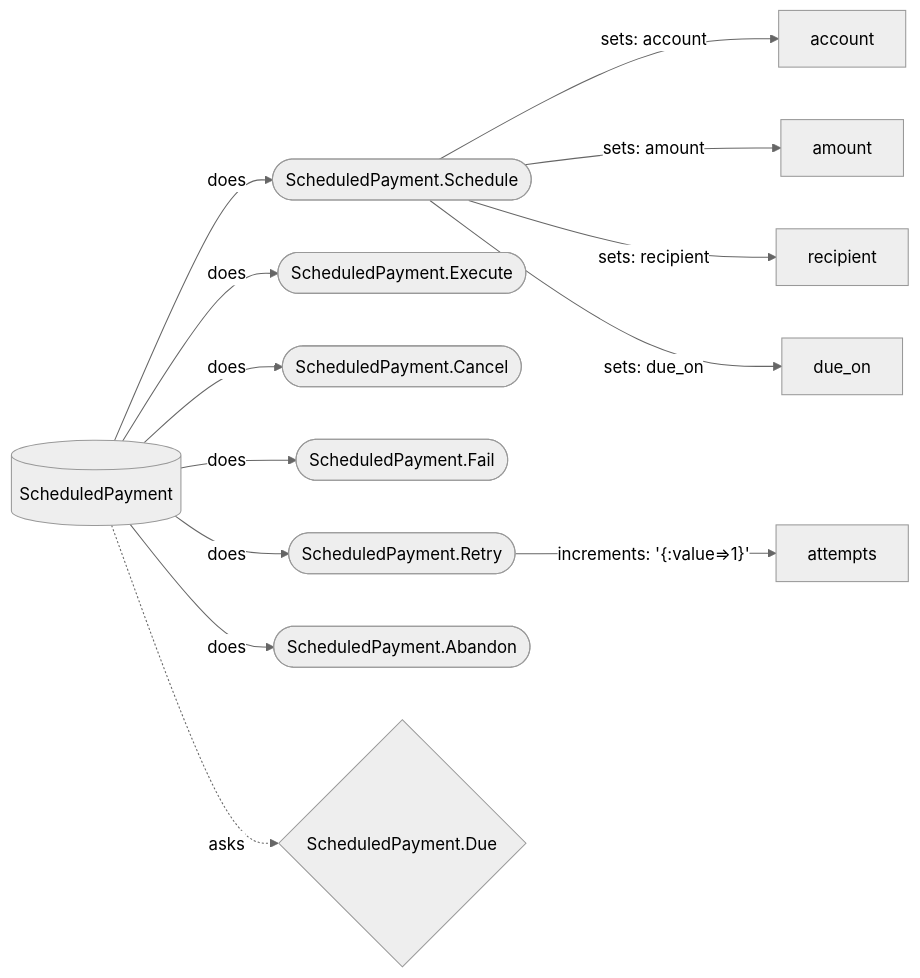
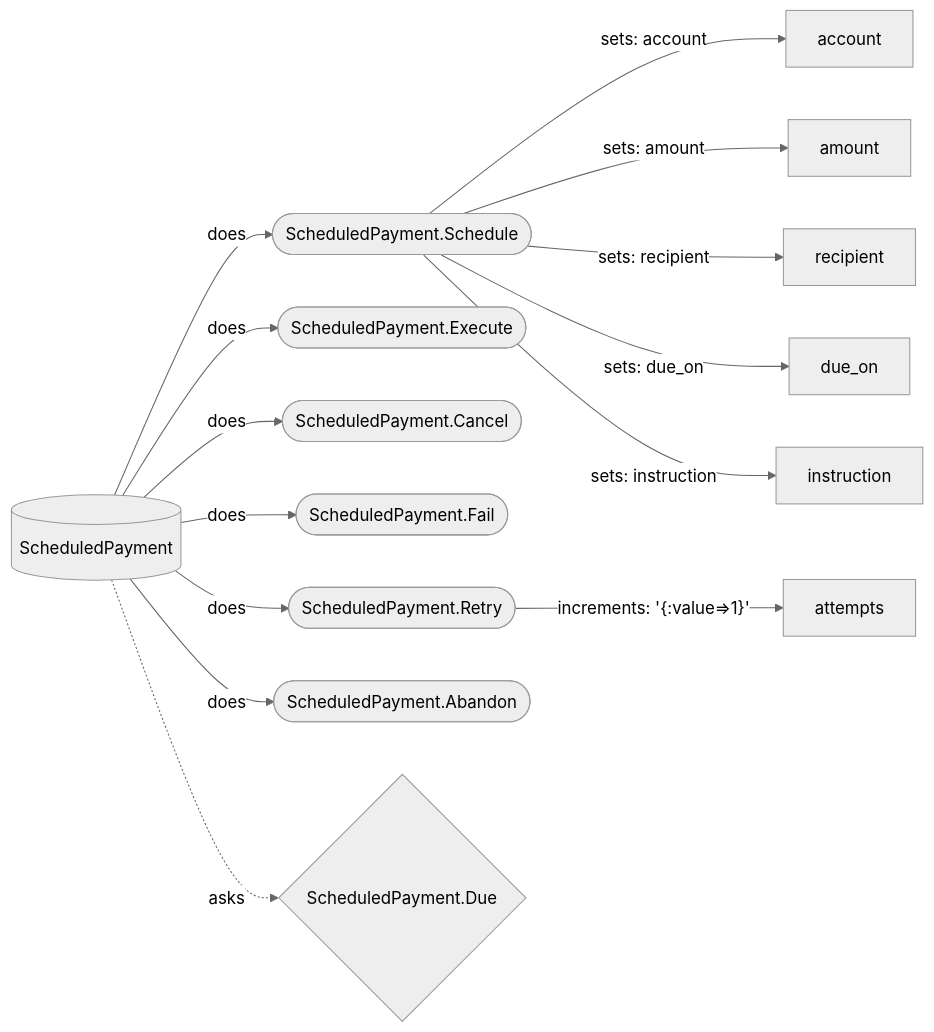
The diagram in docs/generated/diagrams/banking/ScheduledPayment_surface.mmd (chrisyoung/hecks), drawn with Mermaid (neutral theme) before and after one commit. The commit also changed 6 other files, not shown here.

```diff
--- a/docs/generated/diagrams/banking/ScheduledPayment_surface.mmd
+++ b/docs/generated/diagrams/banking/ScheduledPayment_surface.mmd
@@ -1,15 +1,16 @@
 %% GENERATED by bin/project_diagrams from ScheduledPayment's own declared commands (and what each writes) and queries — DO NOT EDIT BY HAND.
 %% Re-run `bin/project_diagrams <domain-path> Banking` after any change.
 flowchart LR
     ScheduledPayment[(ScheduledPayment)] -->|does| cmd_ScheduledPayment_Schedule(["ScheduledPayment.Schedule"])
     ScheduledPayment[(ScheduledPayment)] -->|does| cmd_ScheduledPayment_Execute(["ScheduledPayment.Execute"])
     ScheduledPayment[(ScheduledPayment)] -->|does| cmd_ScheduledPayment_Cancel(["ScheduledPayment.Cancel"])
     ScheduledPayment[(ScheduledPayment)] -->|does| cmd_ScheduledPayment_Fail(["ScheduledPayment.Fail"])
     ScheduledPayment[(ScheduledPayment)] -->|does| cmd_ScheduledPayment_Retry(["ScheduledPayment.Retry"])
     ScheduledPayment[(ScheduledPayment)] -->|does| cmd_ScheduledPayment_Abandon(["ScheduledPayment.Abandon"])
     cmd_ScheduledPayment_Schedule(["ScheduledPayment.Schedule"]) -->|"sets: account"| attr_ScheduledPayment_account[account]
     cmd_ScheduledPayment_Schedule(["ScheduledPayment.Schedule"]) -->|"sets: amount"| attr_ScheduledPayment_amount[amount]
     cmd_ScheduledPayment_Schedule(["ScheduledPayment.Schedule"]) -->|"sets: recipient"| attr_ScheduledPayment_recipient[recipient]
     cmd_ScheduledPayment_Schedule(["ScheduledPayment.Schedule"]) -->|"sets: due_on"| attr_ScheduledPayment_due_on[due_on]
+    cmd_ScheduledPayment_Schedule(["ScheduledPayment.Schedule"]) -->|"sets: instruction"| attr_ScheduledPayment_instruction[instruction]
     cmd_ScheduledPayment_Retry(["ScheduledPayment.Retry"]) -->|"increments: '{:value=>1}'"| attr_ScheduledPayment_attempts[attempts]
     ScheduledPayment[(ScheduledPayment)] -.->|asks| qry_ScheduledPayment_Due{"ScheduledPayment.Due"}
```
